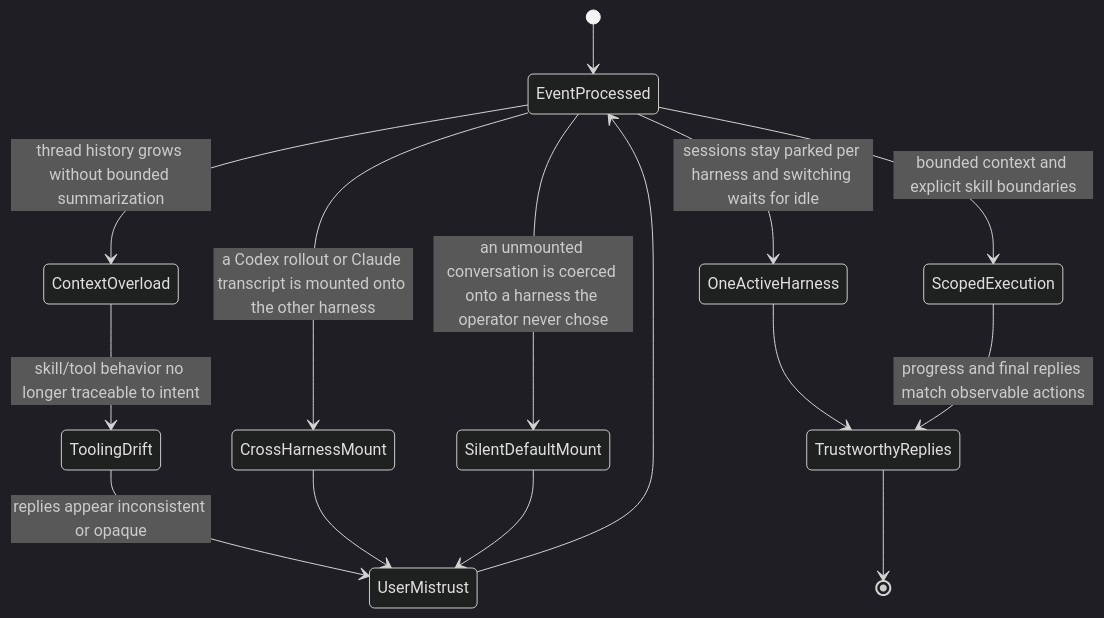
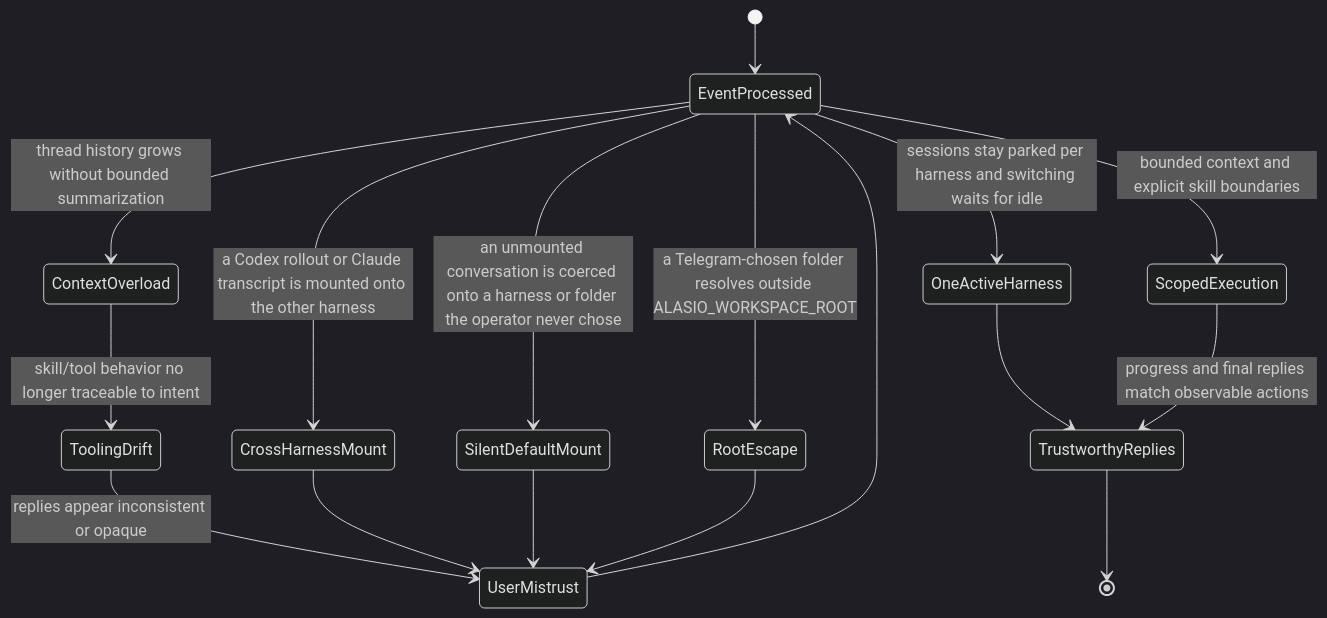
The third of 3 diagrams in README.md (eaucoin/alasio), drawn with Mermaid (dark theme) before and after one commit. The commit also changed other lines of this file and 28 other files, not shown here.

First line of the commit message:
Add per-conversation workspace layer behind /workspace

````diff
--- a/README.md
+++ b/README.md
@@ -133,17 +140,19 @@
 ```mermaid
 stateDiagram-v2
   [*] --> EventProcessed
   EventProcessed --> ContextOverload: thread history grows without bounded summarization
   ContextOverload --> ToolingDrift: skill/tool behavior no longer traceable to intent
   ToolingDrift --> UserMistrust: replies appear inconsistent or opaque
   UserMistrust --> EventProcessed
   EventProcessed --> CrossHarnessMount: a Codex rollout or Claude transcript is mounted onto the other harness
   CrossHarnessMount --> UserMistrust
-  EventProcessed --> SilentDefaultMount: an unmounted conversation is coerced onto a harness the operator never chose
+  EventProcessed --> SilentDefaultMount: an unmounted conversation is coerced onto a harness or folder the operator never chose
   SilentDefaultMount --> UserMistrust
+  EventProcessed --> RootEscape: a Telegram-chosen folder resolves outside ALASIO_WORKSPACE_ROOT
+  RootEscape --> UserMistrust
   EventProcessed --> ScopedExecution: bounded context and explicit skill boundaries
   EventProcessed --> OneActiveHarness: sessions stay parked per harness and switching waits for idle
   OneActiveHarness --> TrustworthyReplies
   ScopedExecution --> TrustworthyReplies: progress and final replies match observable actions
   TrustworthyReplies --> [*]
 ```
````
